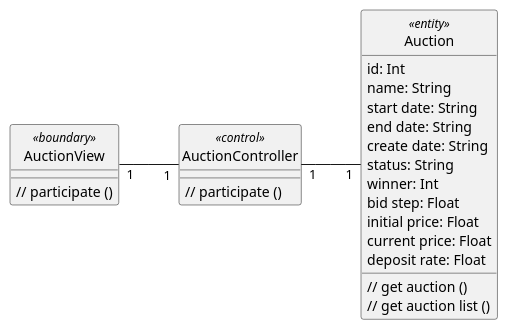
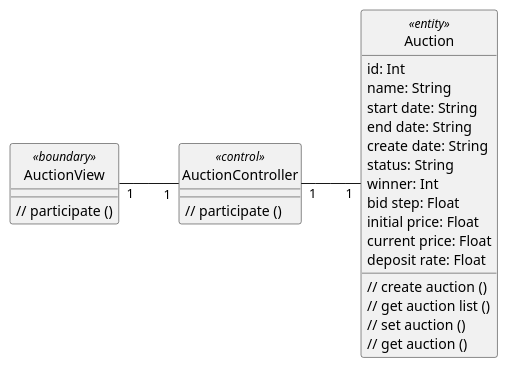
Before and after one commit to anhbanlinhle/velocity-exchange: the diagram in uml/analysis/class/participate-in-auction.pu, drawn with PlantUML. The commit also changed 5 other files, not shown here.

```diff
--- a/uml/analysis/class/participate-in-auction.pu
+++ b/uml/analysis/class/participate-in-auction.pu
@@ -1,33 +1,35 @@
 @startuml participate_in_auction
 hide circle
 skinparam classAttributeIconSize 0
 left to right direction
 
 class AuctionView <<boundary>> {
   // participate ()
 }
 
 class AuctionController <<control>> {
   // participate ()
 }
 
 class Auction <<entity>> {
   id: Int
   name: String
   start date: String
   end date: String
   create date: String
   status: String
   winner: Int
   bid step: Float
   initial price: Float
   current price: Float
   deposit rate: Float
+  // create auction ()
+  // get auction list ()
+  // set auction ()
   // get auction ()
-  // get auction list ()
 }
 
 AuctionView "1" -- "1" AuctionController
 AuctionController "1" -- "1" Auction
 
 @enduml
```
